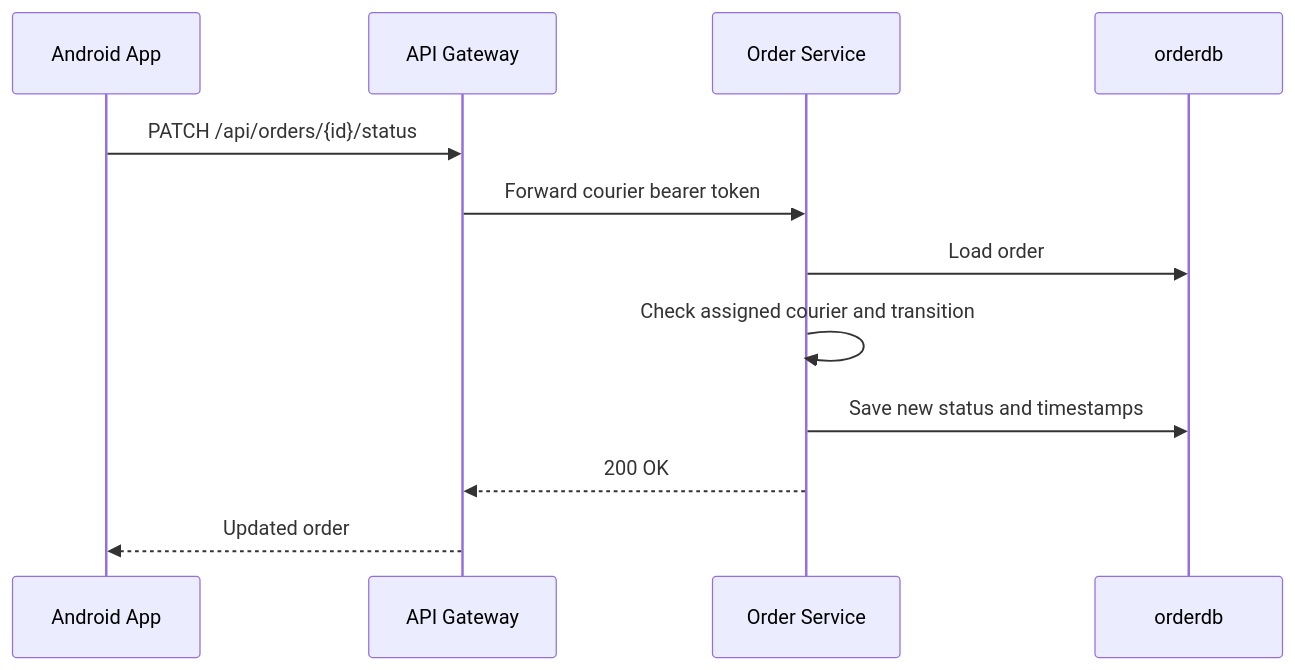
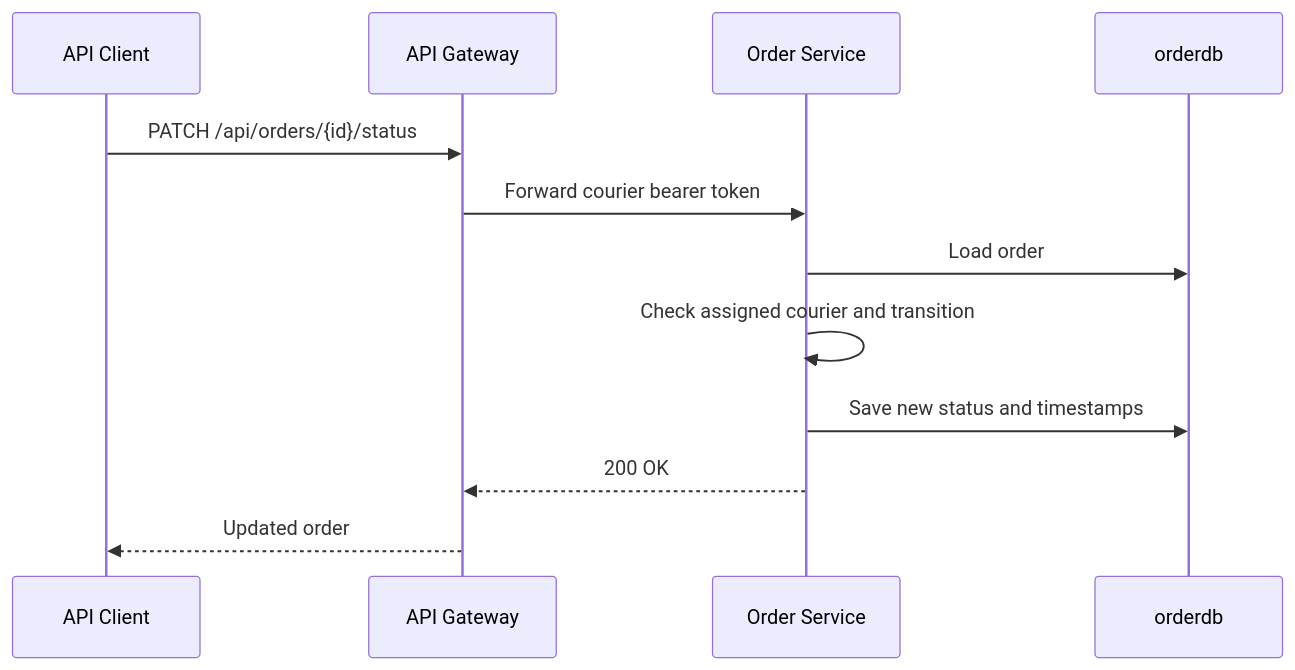
Before and after one commit to RenatoB04/Lesto: the fourth of 4 diagrams in docs/sequences.md, drawn with Mermaid. The commit also changed other lines of this file and 56 other files, not shown here.

Commit message:
refactor: remove Android client and focus on backend

````diff
--- a/docs/sequences.md
+++ b/docs/sequences.md
@@ -63,15 +63,15 @@
 ```mermaid
 sequenceDiagram
-    participant App as Android App
+    participant Client as API Client
     participant Gateway as API Gateway
     participant Order as Order Service
     participant Db as orderdb
 
-    App->>Gateway: PATCH /api/orders/{id}/status
+    Client->>Gateway: PATCH /api/orders/{id}/status
     Gateway->>Order: Forward courier bearer token
     Order->>Db: Load order
     Order->>Order: Check assigned courier and transition
     Order->>Db: Save new status and timestamps
     Order-->>Gateway: 200 OK
-    Gateway-->>App: Updated order
+    Gateway-->>Client: Updated order
 ```
````
